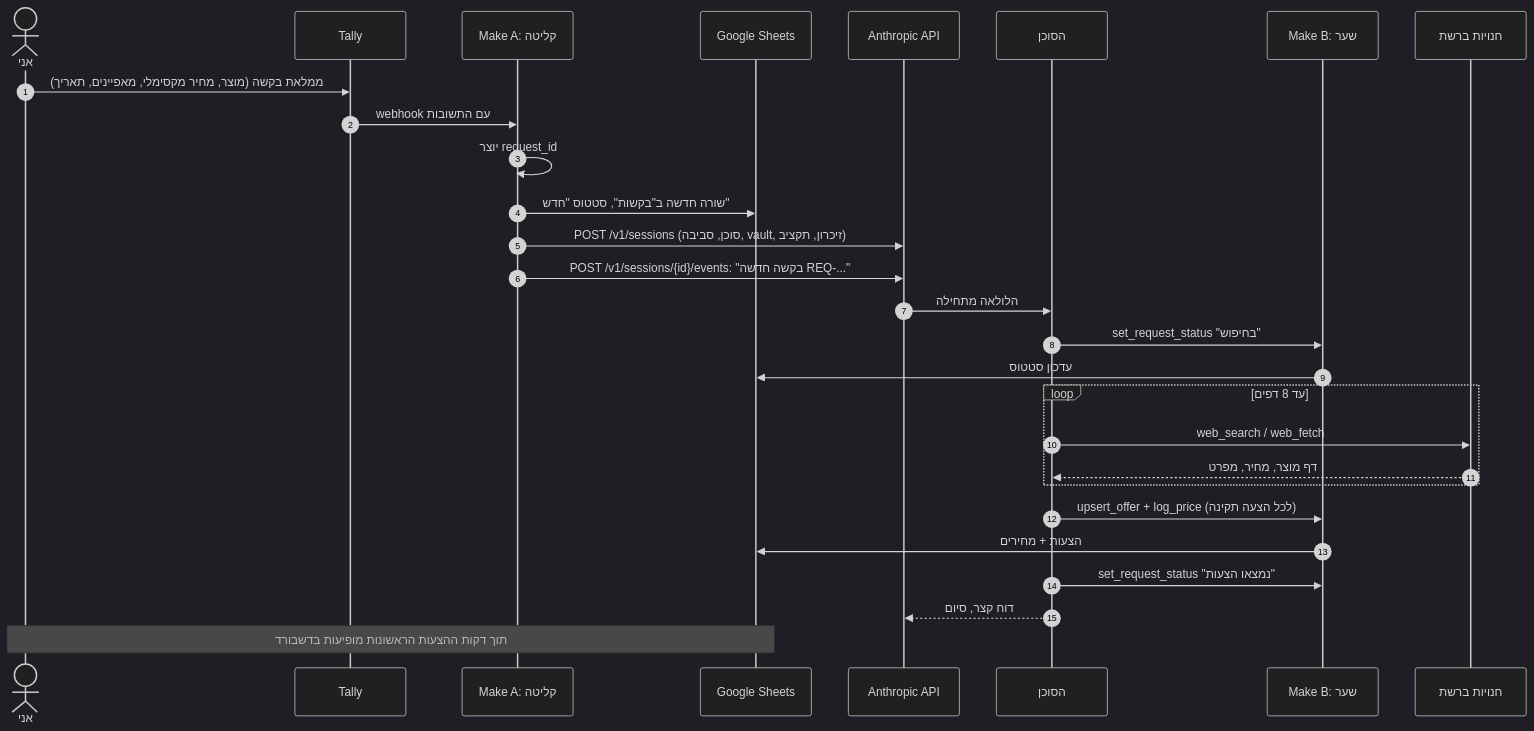
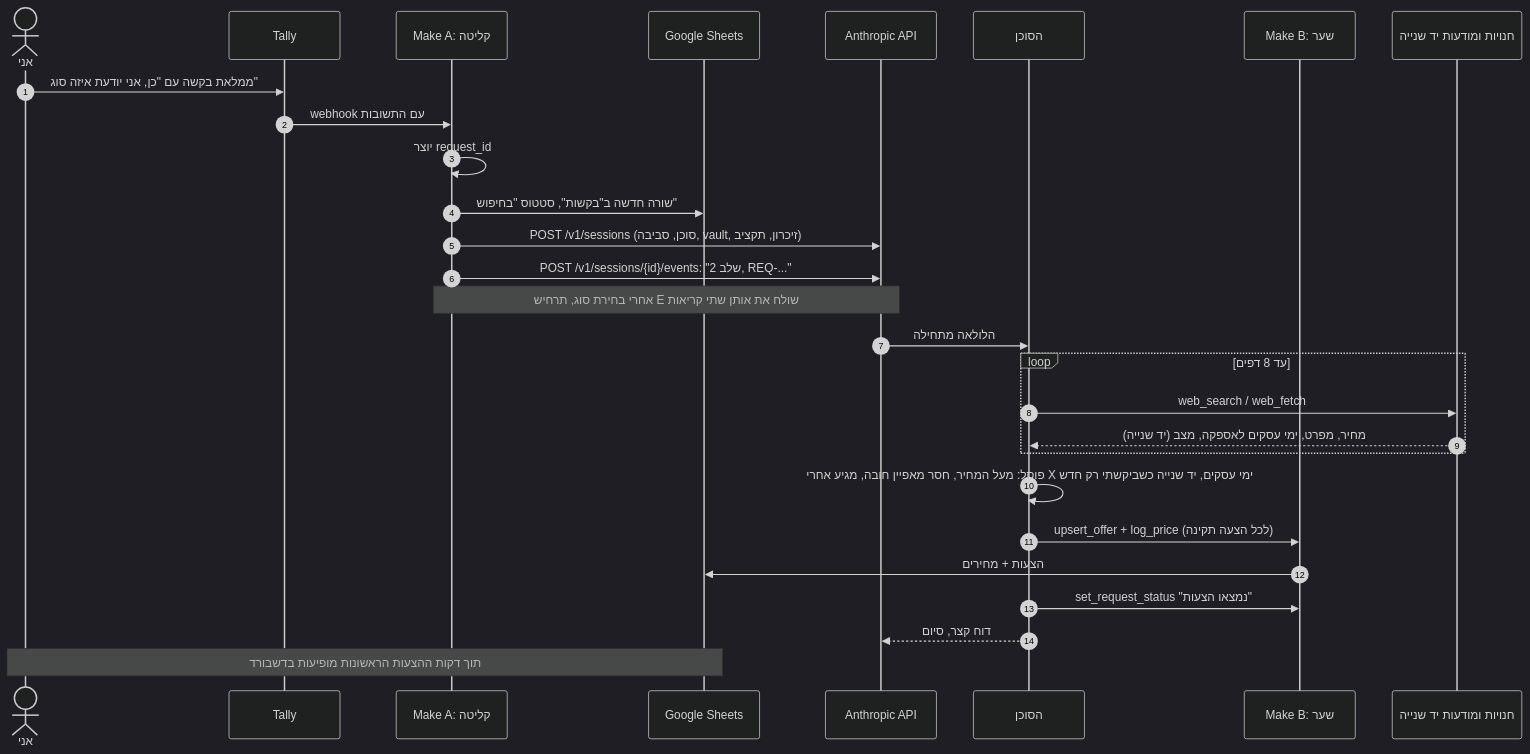
Before and after one commit to ronazeevi/SearchJobs: the third of 6 diagrams in shopping-agent/Architecture.md, drawn with Mermaid (dark theme). The commit also changed other lines of this file and 2 other files, not shown here.

````diff
--- a/shopping-agent/Architecture.md
+++ b/shopping-agent/Architecture.md
@@ -135,31 +186,31 @@
 ```mermaid
 sequenceDiagram
     autonumber
     actor Me as אני
     participant T as Tally
     participant A as Make A: קליטה
     participant S as Google Sheets
     participant API as Anthropic API
     participant AG as הסוכן
     participant B as Make B: שער
-    participant W as חנויות ברשת
+    participant W as חנויות ומודעות יד שנייה
 
-    Me->>T: ממלאת בקשה (מוצר, מחיר מקסימלי, מאפיינים, תאריך)
+    Me->>T: ממלאת בקשה עם "כן, אני יודעת איזה סוג"
     T->>A: webhook עם התשובות
     A->>A: יוצר request_id
-    A->>S: שורה חדשה ב"בקשות", סטטוס "חדש"
+    A->>S: שורה חדשה ב"בקשות", סטטוס "בחיפוש"
     A->>API: POST /v1/sessions (סוכן, סביבה, vault, זיכרון, תקציב)
-    A->>API: POST /v1/sessions/{id}/events: "בקשה חדשה REQ-..."
+    A->>API: POST /v1/sessions/{id}/events: "שלב 2, REQ-..."
+    Note over A,API: אחרי בחירת סוג, תרחיש E שולח את אותן שתי קריאות
     API->>AG: הלולאה מתחילה
-    AG->>B: set_request_status "בחיפוש"
-    B->>S: עדכון סטטוס
     loop עד 8 דפים
         AG->>W: web_search / web_fetch
-        W-->>AG: דף מוצר, מחיר, מפרט
+        W-->>AG: מחיר, מפרט, ימי עסקים לאספקה, מצב (יד שנייה)
     end
+    AG->>AG: פוסל: מעל המחיר, חסר מאפיין חובה, מגיע אחרי X ימי עסקים, יד שנייה כשביקשתי רק חדש
     AG->>B: upsert_offer + log_price (לכל הצעה תקינה)
     B->>S: הצעות + מחירים
     AG->>B: set_request_status "נמצאו הצעות"
     AG-->>API: דוח קצר, סיום
     Note over Me,S: תוך דקות ההצעות הראשונות מופיעות בדשבורד
 ```
````
